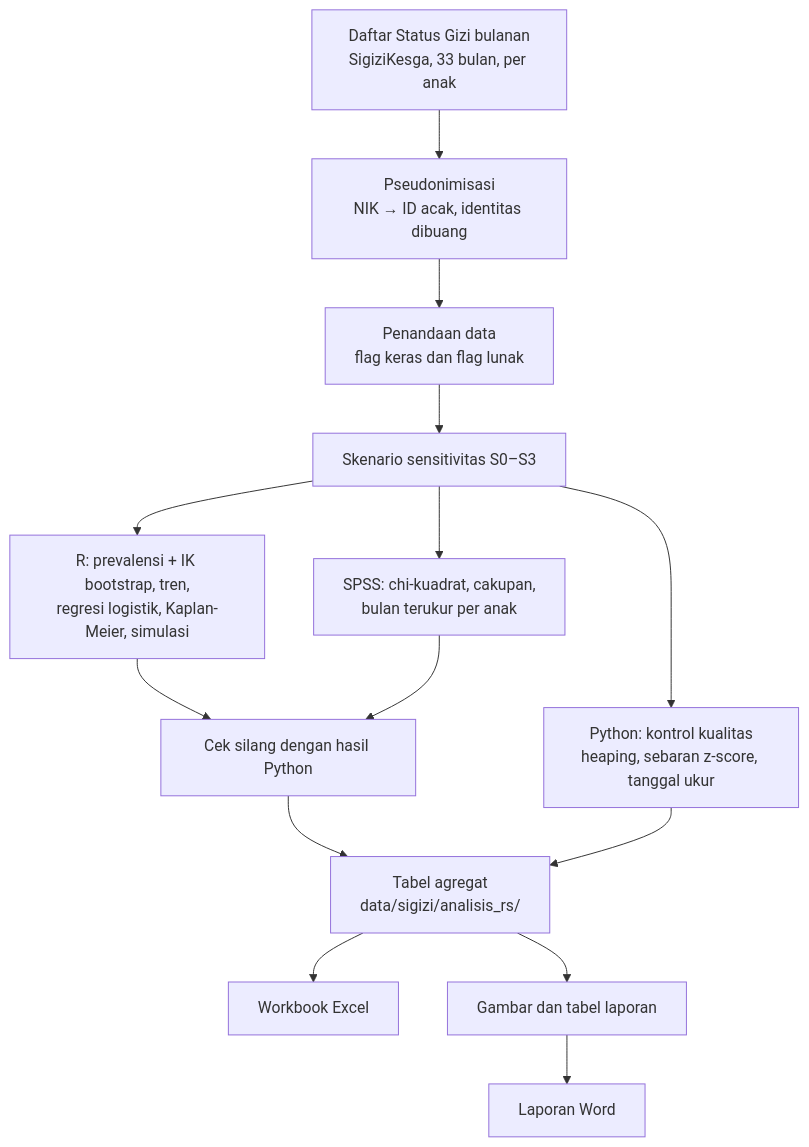
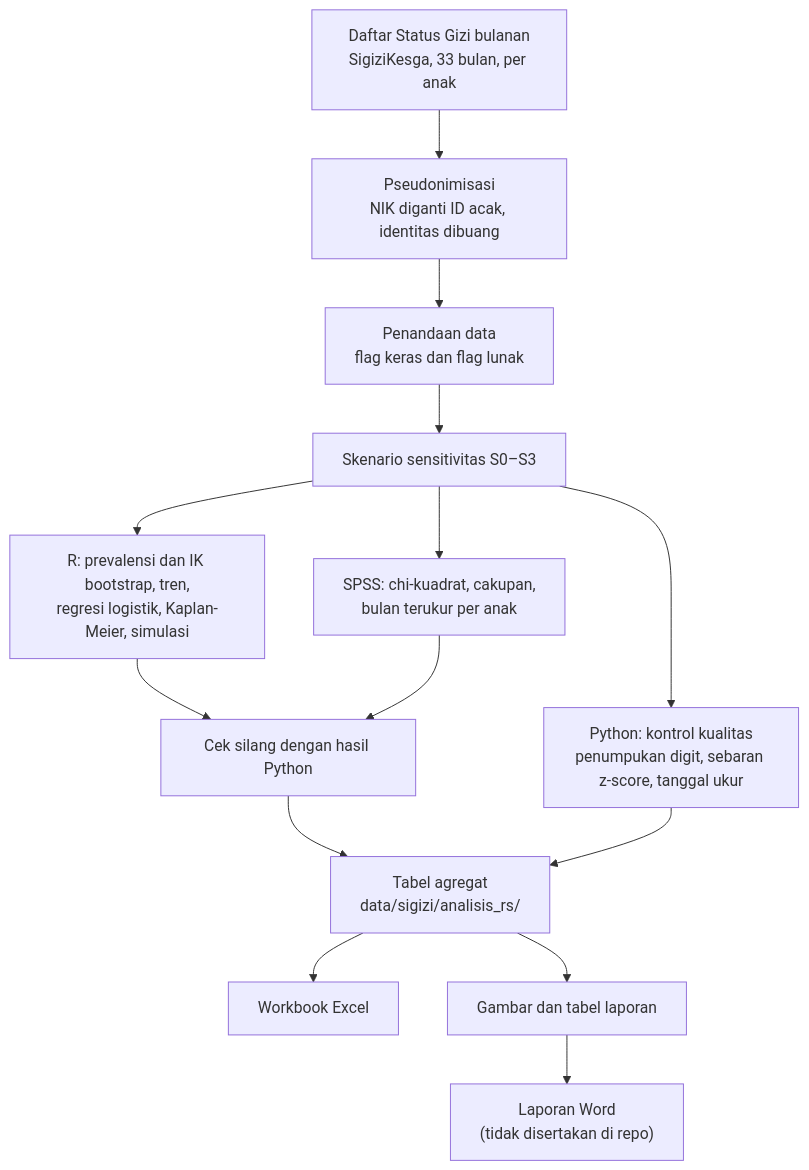
One commit to fernanda-alvarez/mini-riset-stunting-mumbulsari changed the diagram in README.md. Above: the diagram before and after it, drawn with Mermaid. The commit also changed other lines of this file and 4 other files, not shown here.

````diff
--- a/README.md
+++ b/README.md
@@ -30,16 +45,16 @@
 ```mermaid
 flowchart TD
-    A["Daftar Status Gizi bulanan<br/>SigiziKesga, 33 bulan, per anak"] --> B["Pseudonimisasi<br/>NIK → ID acak, identitas dibuang"]
+    A["Daftar Status Gizi bulanan<br/>SigiziKesga, 33 bulan, per anak"] --> B["Pseudonimisasi<br/>NIK diganti ID acak, identitas dibuang"]
     B --> C["Penandaan data<br/>flag keras dan flag lunak"]
     C --> D["Skenario sensitivitas S0–S3"]
-    D --> E["Python: kontrol kualitas<br/>heaping, sebaran z-score, tanggal ukur"]
-    D --> F["R: prevalensi + IK bootstrap, tren,<br/>regresi logistik, Kaplan-Meier, simulasi"]
+    D --> E["Python: kontrol kualitas<br/>penumpukan digit, sebaran z-score, tanggal ukur"]
+    D --> F["R: prevalensi dan IK bootstrap, tren,<br/>regresi logistik, Kaplan-Meier, simulasi"]
     D --> G["SPSS: chi-kuadrat, cakupan,<br/>bulan terukur per anak"]
     F --> H["Cek silang dengan hasil Python"]
     G --> H
     H --> I["Tabel agregat<br/>data/sigizi/analisis_rs/"]
     E --> I
     I --> J["Workbook Excel"]
     I --> K["Gambar dan tabel laporan"]
-    K --> L["Laporan Word"]
+    K --> L["Laporan Word<br/>(tidak disertakan di repo)"]
 ```
````
